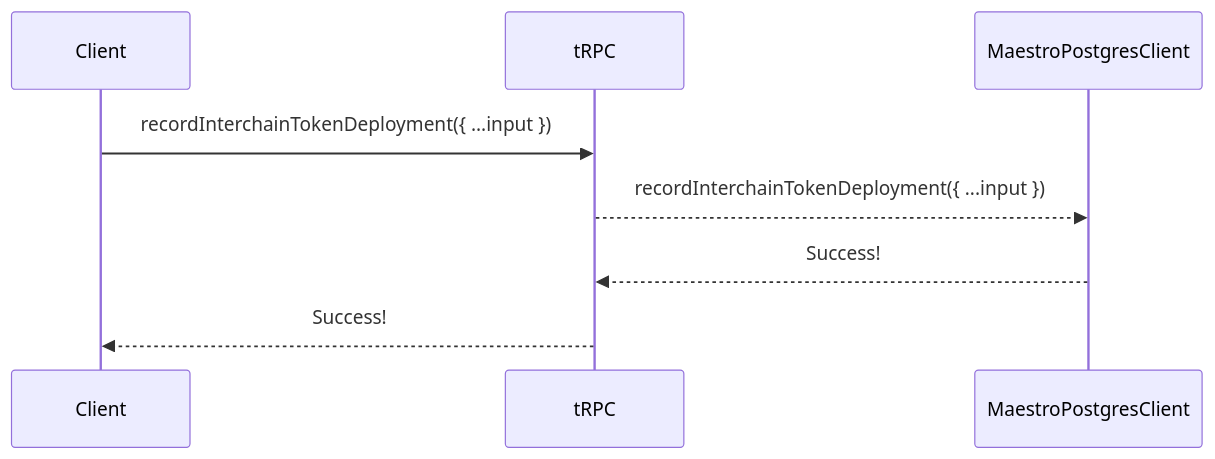
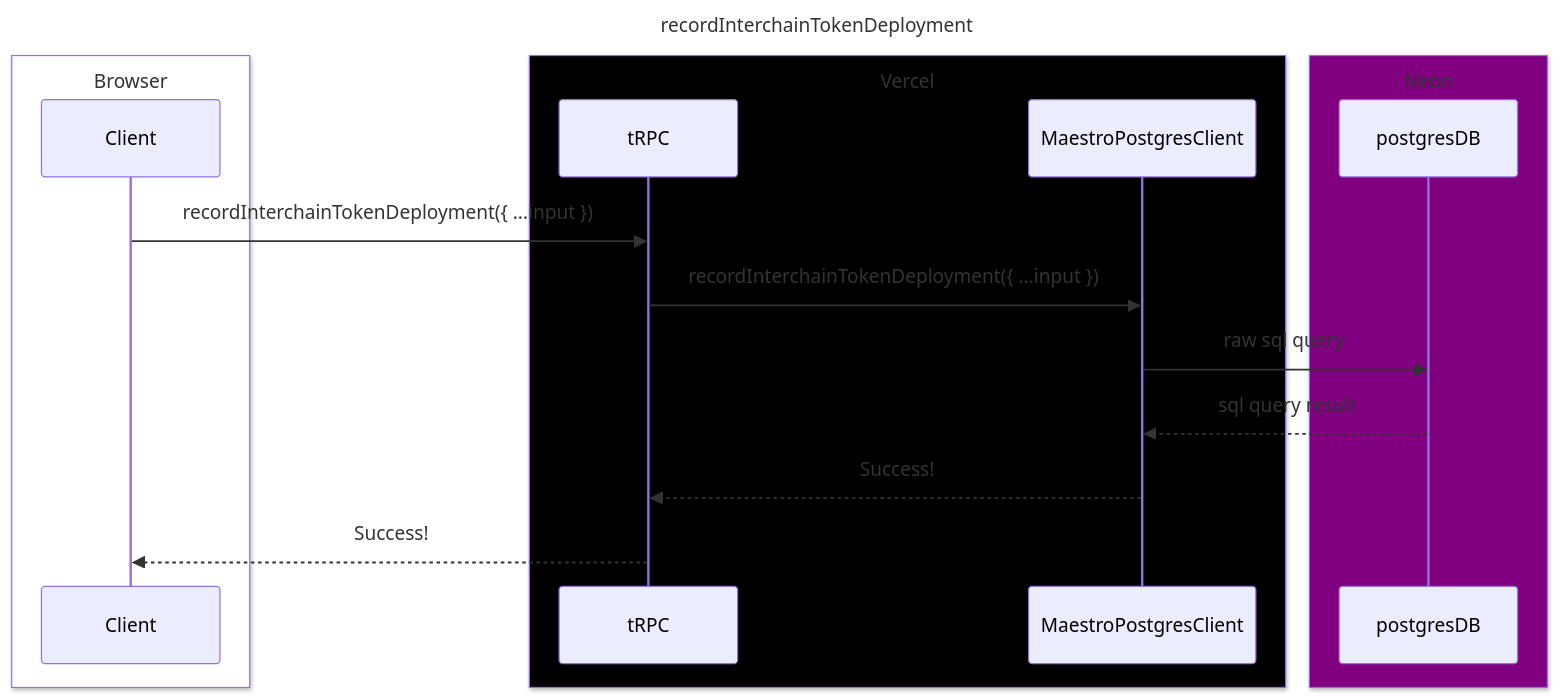
The second of 2 diagrams in apps/maestro/src/server/README.md (axelarnetwork/axelarjs), drawn with Mermaid before and after one commit. The commit also changed other lines of this file, not shown here.

Commit message:
chore: add labels and bounding boxes'

````diff
--- a/apps/maestro/src/server/README.md
+++ b/apps/maestro/src/server/README.md
@@ -19,8 +36,25 @@
 ```mermaid
+---
+title: recordInterchainTokenDeployment
+---
 sequenceDiagram
-    Client->>tRPC: recordInterchainTokenDeployment({ ...input })
-    tRPC-->>MaestroPostgresClient: recordInterchainTokenDeployment({ ...input })
-    MaestroPostgresClient-->>tRPC: Success!
-    tRPC-->>Client: Success!
+
+box White Browser
+    participant Client
+end
+box Black Vercel
+    participant tRPC
+    participant MaestroPostgresClient
+end
+box Purple Neon
+    participant postgresDB
+end
+
+Client->>tRPC: recordInterchainTokenDeployment({ ...input })
+tRPC->>MaestroPostgresClient: recordInterchainTokenDeployment({ ...input })
+MaestroPostgresClient->>postgresDB: raw sql query
+postgresDB-->>MaestroPostgresClient: sql query result
+MaestroPostgresClient-->>tRPC: Success!
+tRPC-->>Client: Success!
 
 ```
````
